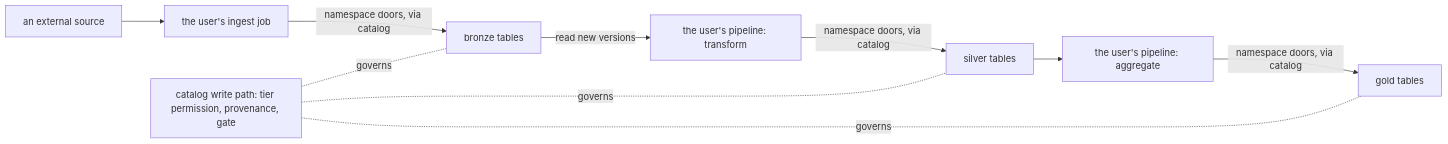
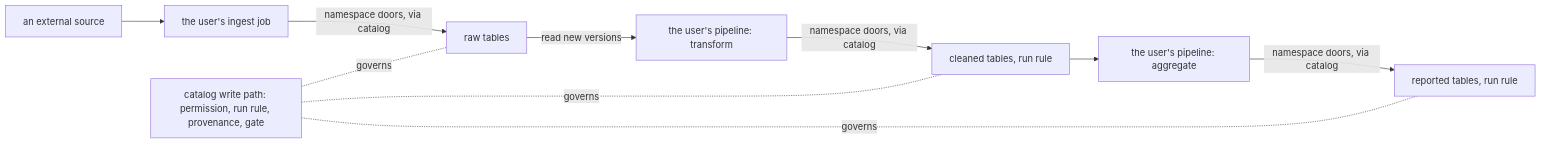
Before and after one commit to AI-Riksarkivet/rask: the second of 2 diagrams in docs/ARCHITECTURE.md, drawn with Mermaid. The commit also changed other lines of this file and 149 other files, not shown here.

````diff
--- a/docs/ARCHITECTURE.md
+++ b/docs/ARCHITECTURE.md
@@ -217,9 +227,9 @@
 ```mermaid
 flowchart LR
   SRC[an external source] --> P0[the user's ingest job]
-  P0 -->|namespace doors, via catalog| B[bronze tables]
+  P0 -->|namespace doors, via catalog| B[raw tables]
   B -->|read new versions| P1[the user's pipeline: transform]
-  P1 -->|namespace doors, via catalog| S[silver tables]
-  S --> P2[the user's pipeline: aggregate] -->|namespace doors, via catalog| G[gold tables]
-  CAT[catalog write path: tier permission, provenance, gate] -. governs .- B & S & G
+  P1 -->|namespace doors, via catalog| S[cleaned tables, run rule]
+  S --> P2[the user's pipeline: aggregate] -->|namespace doors, via catalog| G[reported tables, run rule]
+  CAT[catalog write path: permission, run rule, provenance, gate] -. governs .- B & S & G
 ```
````
